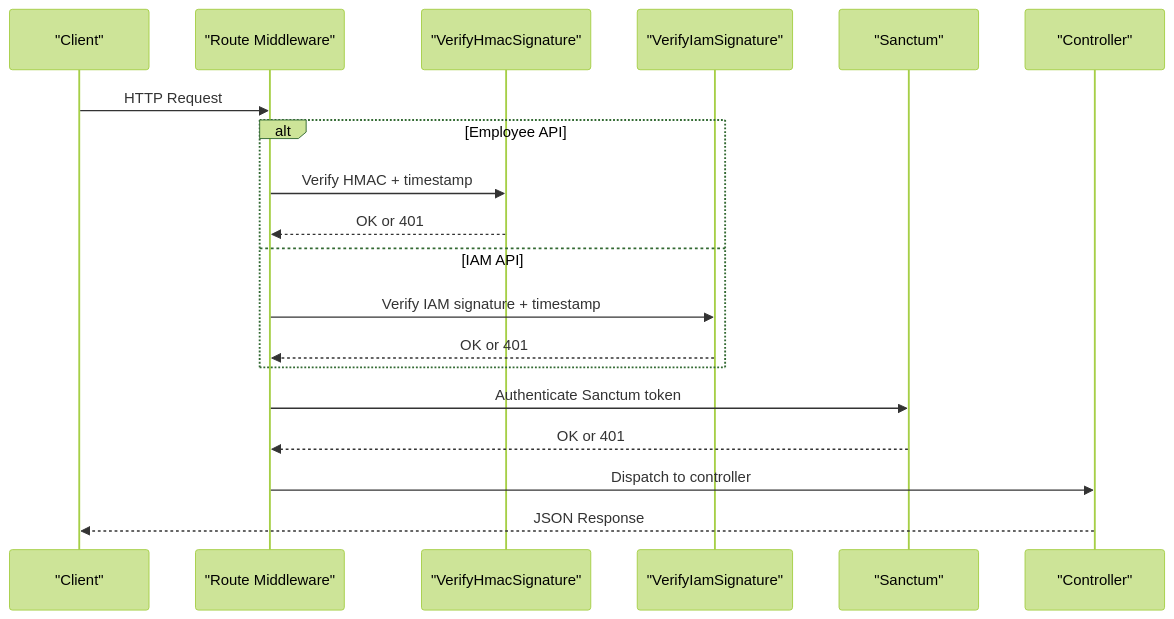
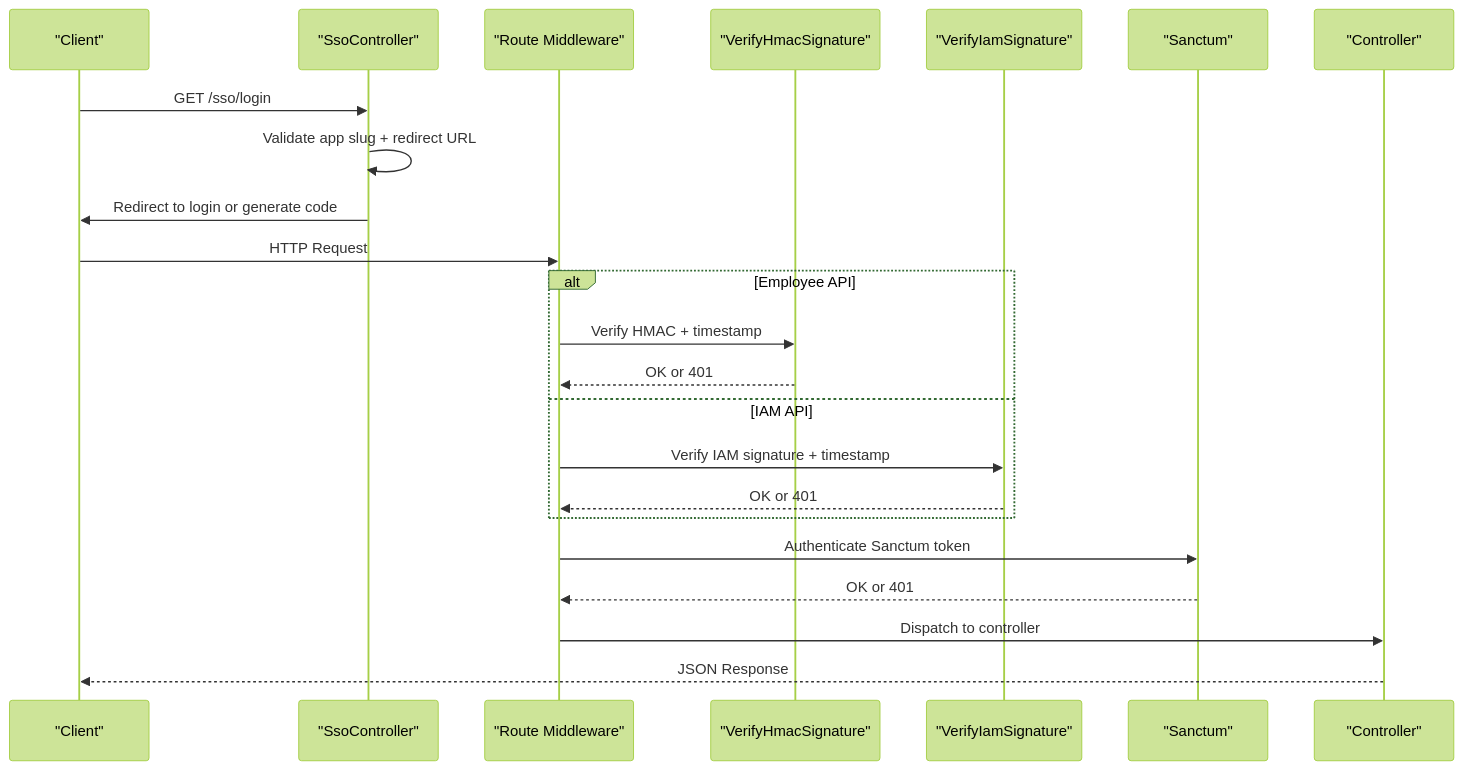
The second of 8 diagrams in .qoder/repowiki/en/content/API Documentation/API Documentation.md (PA-Penajam/kepegawaian_apps), drawn with Mermaid (forest theme) before and after one commit. The commit also changed other lines of this file and 13 other files, not shown here.

````diff
--- a/.qoder/repowiki/en/content/API Documentation/API Documentation.md
+++ b/.qoder/repowiki/en/content/API Documentation/API Documentation.md
@@ -104,21 +139,25 @@
 ```mermaid
 sequenceDiagram
 participant C as "Client"
+participant SSO as "SsoController"
 participant R as "Route Middleware"
 participant M1 as "VerifyHmacSignature"
 participant M2 as "VerifyIamSignature"
 participant S as "Sanctum"
 participant Ctrl as "Controller"
+C->>SSO : GET /sso/login
+SSO->>SSO : Validate app slug + redirect URL
+SSO->>C : Redirect to login or generate code
 C->>R : HTTP Request
 alt Employee API
 R->>M1 : Verify HMAC + timestamp
 M1-->>R : OK or 401
 else IAM API
 R->>M2 : Verify IAM signature + timestamp
 M2-->>R : OK or 401
 end
 R->>S : Authenticate Sanctum token
 S-->>R : OK or 401
 R->>Ctrl : Dispatch to controller
 Ctrl-->>C : JSON Response
 ```
````
